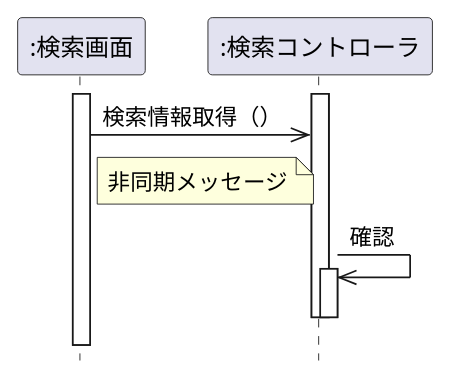
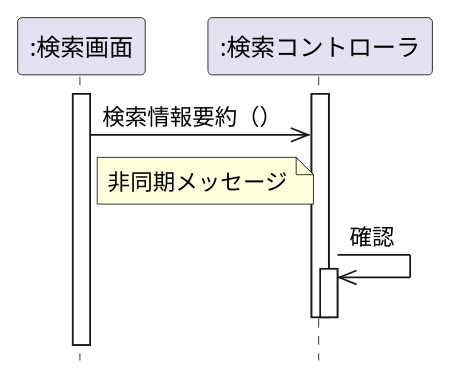
The diagram in 演習4-2_SD_利用者と予約画面.pu (itchita/uml-introduction), drawn with PlantUML before and after one commit.

Commit message:
再修正

```diff
--- a/演習4-2_SD_利用者と予約画面.pu
+++ b/演習4-2_SD_利用者と予約画面.pu
@@ -1,15 +1,14 @@
 @startuml
 
  hide footbox
-skinparam style strictuml /' 厳密なUMLに準拠する'/
 participant ":検索画面" as seach
 participant ":検索コントローラ" as control
 activate seach
 activate control
-seach ->> control: 検索情報取得（）
+seach ->> control: 検索情報要約（）
 note right of seach : 非同期メッセージ
 control ->> control :確認
 activate control 
 deactivate control
 deactivate control
 @enduml
```
